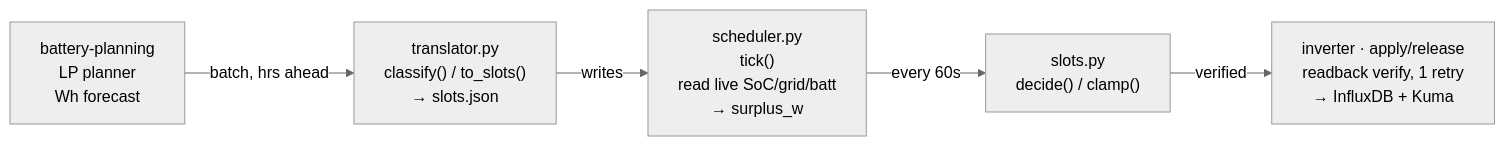
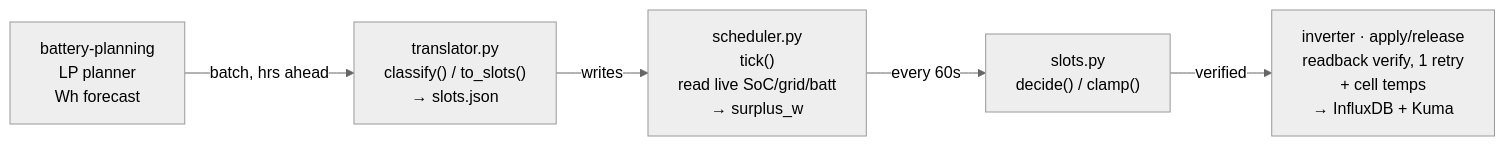
One commit to sandeepthukral/alphaess-collector changed the first of 3 diagrams in docs/DISPATCH-FLOW.md. Above: the diagram before and after it, drawn with Mermaid (neutral theme). The commit also changed other lines of this file and 14 other files, not shown here.

````diff
--- a/docs/DISPATCH-FLOW.md
+++ b/docs/DISPATCH-FLOW.md
@@ -10,7 +10,7 @@
 ```mermaid
 flowchart LR
     P["battery-planning<br/>LP planner<br/>Wh forecast"] -->|batch, hrs ahead| T
     T["translator.py<br/>classify() / to_slots()<br/>→ slots.json"] -->|writes| S
     S["scheduler.py<br/>tick()<br/>read live SoC/grid/batt<br/>→ surplus_w"] -->|every 60s| D
-    D["slots.py<br/>decide() / clamp()"] -->|verified| I["inverter · apply/release<br/>readback verify, 1 retry<br/>→ InfluxDB + Kuma"]
+    D["slots.py<br/>decide() / clamp()"] -->|verified| I["inverter · apply/release<br/>readback verify, 1 retry<br/>+ cell temps<br/>→ InfluxDB + Kuma"]
 ```
````
